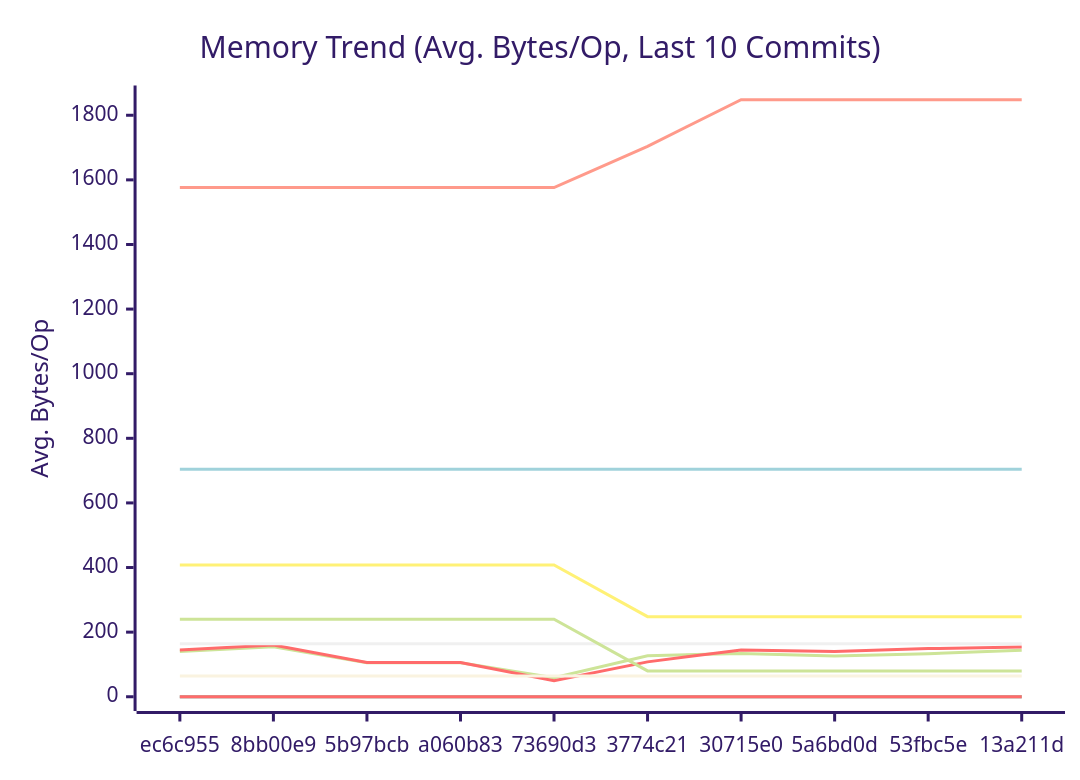
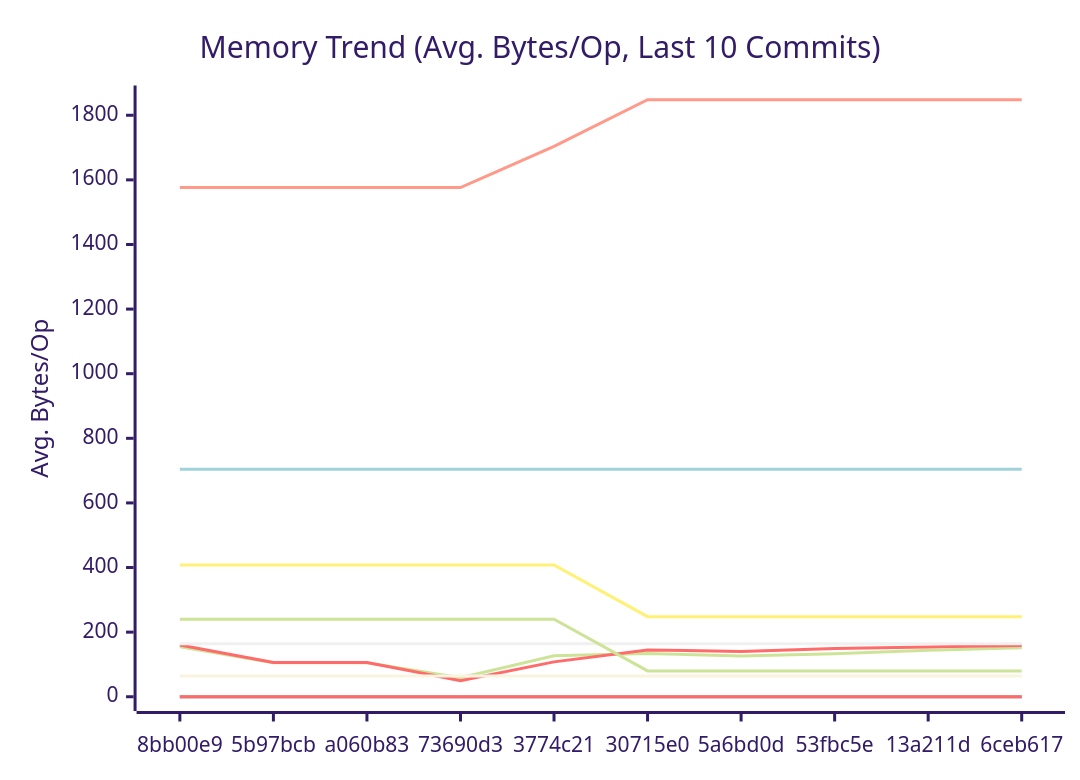
The second of 3 diagrams in docs/PERFORMANCE.md (alsotoes/momo), drawn with Mermaid (forest theme) before and after one commit. The commit also changed other lines of this file and 2 other files, not shown here.

````diff
--- a/docs/PERFORMANCE.md
+++ b/docs/PERFORMANCE.md
@@ -171,20 +171,20 @@
 ```mermaid
 xychart-beta
     title "Memory Trend (Avg. Bytes/Op, Last 10 Commits)"
     x-axis "Commit"
     y-axis "Avg. Bytes/Op"
-    x-axis [ec6c955,8bb00e9,5b97bcb,a060b83,73690d3,3774c21,30715e0,5a6bd0d,53fbc5e,13a211d]
-    line "AWSChunkedReaderSigned" [140,155,105,105,59,127,134,126,133,144]
-    line "AWSChunkedReaderUnsigned" [145,160,106,106,50,108,145,140,149,154]
+    x-axis [8bb00e9,5b97bcb,a060b83,73690d3,3774c21,30715e0,5a6bd0d,53fbc5e,13a211d,6ceb617]
+    line "AWSChunkedReaderSigned" [155,105,105,59,127,134,126,133,144,152]
+    line "AWSChunkedReaderUnsigned" [160,106,106,50,108,145,140,149,154,159]
     line "CheckMetricsAndSwap" [0,0,0,0,0,0,0,0,0,0]
     line "CrushOptimized" [0,0,0,0,0,0,0,0,0,0]
     line "CrushOriginal" [164,164,164,164,164,164,164,164,164,164]
     line "IndexDirectTracking" [0,0,0,0,0,0,0,0,0,0]
     line "IndexSearch" [0,0,0,0,0,0,0,0,0,0]
-    line "LoadGlobalConfig" [1576,1576,1576,1576,1576,1704,1848,1848,1848,1848]
+    line "LoadGlobalConfig" [1576,1576,1576,1576,1704,1848,1848,1848,1848,1848]
     line "PadString" [64,64,64,64,64,64,64,64,64,64]
     line "ParseReplicationOrder_NoPrealloc" [408,408,408,408,408,248,248,248,248,248]
     line "ParseReplicationOrder_Prealloc" [240,240,240,240,240,80,80,80,80,80]
     line "SanitizeLog/Safe" [0,0,0,0,0,0,0,0,0,0]
     line "SanitizeLog/Unsafe" [704,704,704,704,704,704,704,704,704,704]
 ```
````
